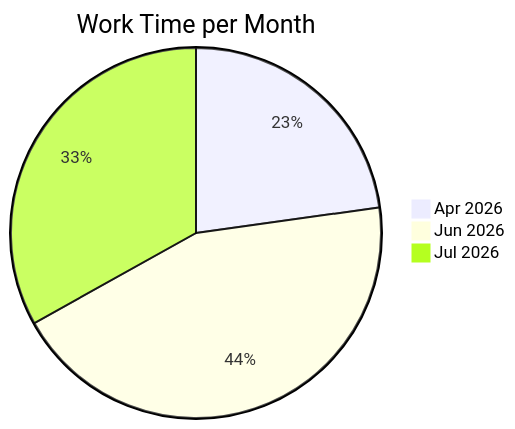
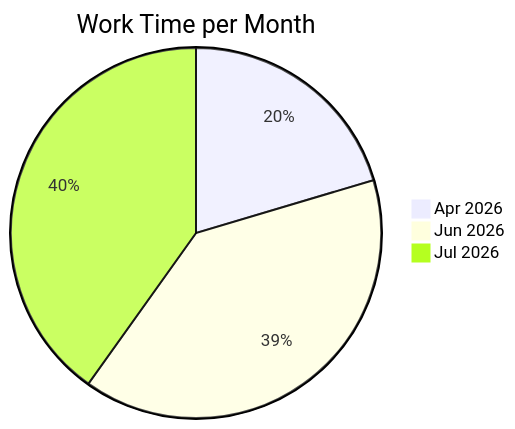
Before and after one commit to notWetro/time-tracker: the diagram in README.md, drawn with Mermaid. The commit also changed other lines of this file and 1 other file, not shown here.

Commit message:
updated worktime

````diff
--- a/README.md
+++ b/README.md
@@ -11,7 +11,7 @@
 ```mermaid
 pie
     title Work Time per Month
     "Apr 2026" : 3.1
     "Jun 2026" : 6.0
-    "Jul 2026" : 4.5
+    "Jul 2026" : 6.1
 ```
````
